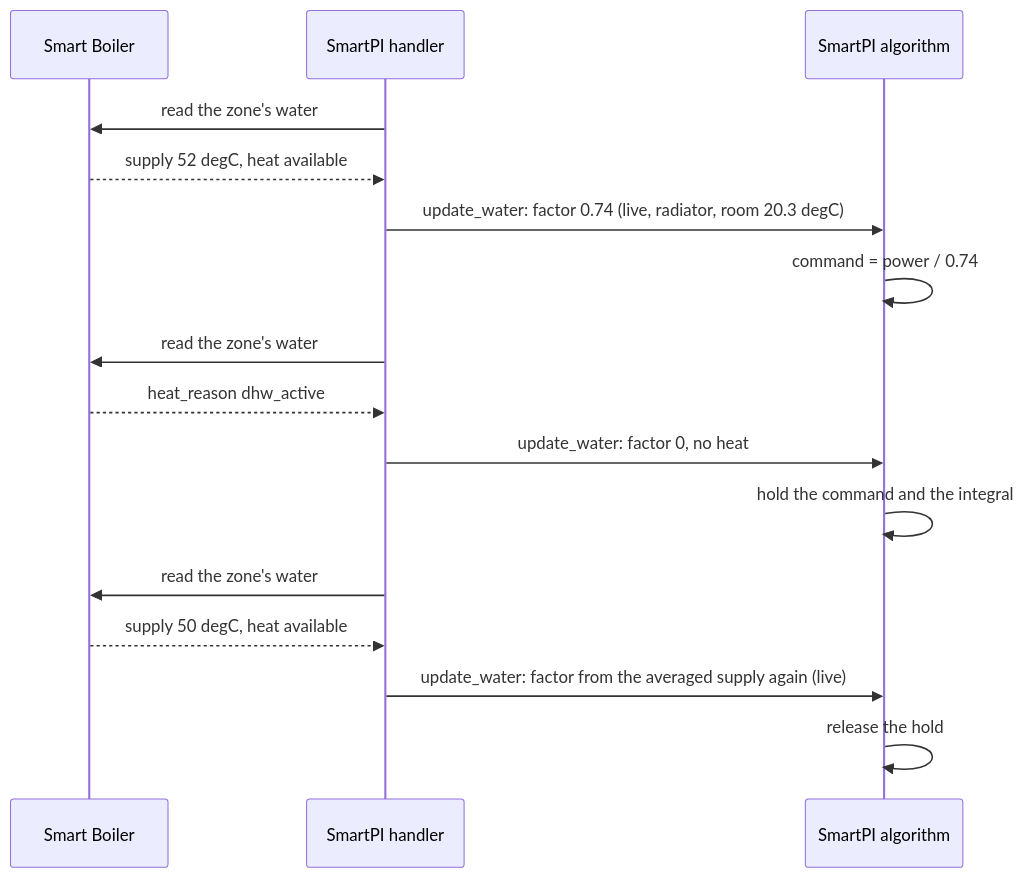
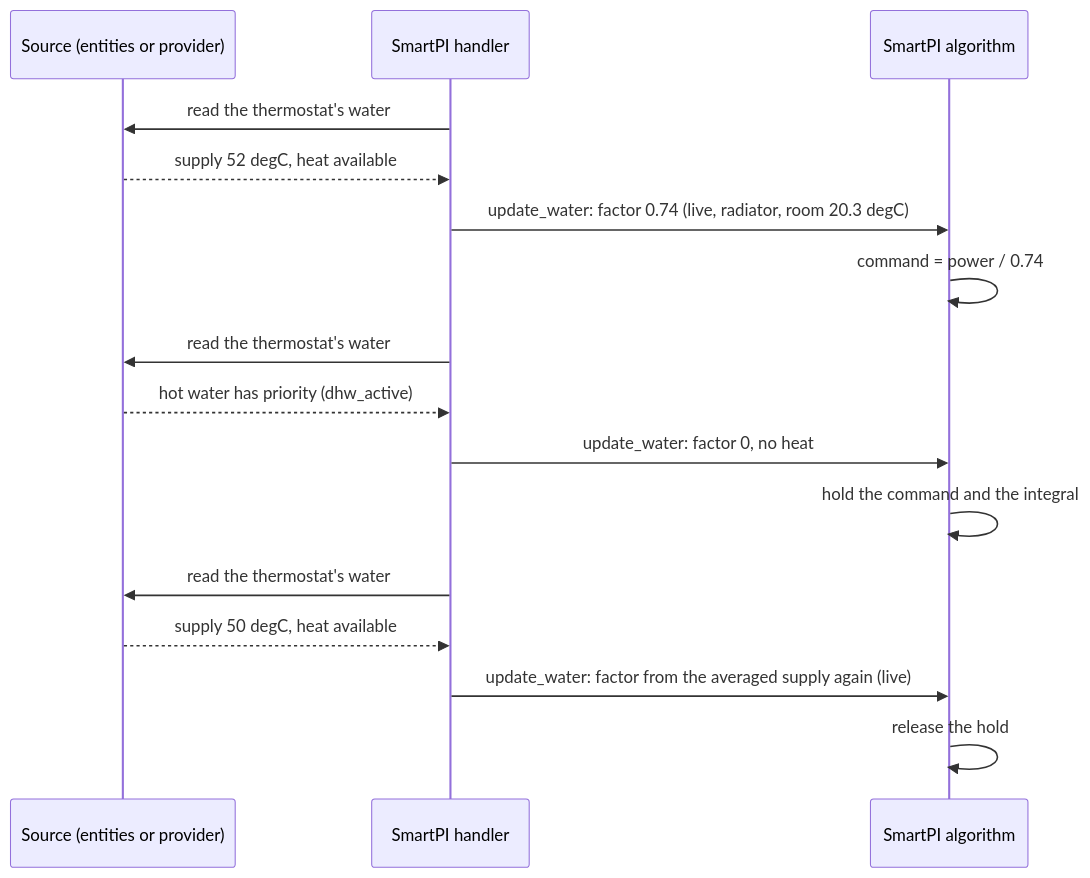
One commit to Shadow-230/vtherm_smartpi changed the third of 6 diagrams in documentation/en/water_input.md. Above: the diagram before and after it, drawn with Mermaid. The commit also changed other lines of this file and 85 other files, not shown here.

````diff
--- a/documentation/en/water_input.md
+++ b/documentation/en/water_input.md
@@ -242,18 +335,18 @@
 ```mermaid
 sequenceDiagram
-    participant SB as Smart Boiler
+    participant S as Source (entities or provider)
     participant H as SmartPI handler
     participant A as SmartPI algorithm
-    H->>SB: read the zone's water
-    SB-->>H: supply 52 degC, heat available
+    H->>S: read the thermostat's water
+    S-->>H: supply 52 degC, heat available
     H->>A: update_water: factor 0.74 (live, radiator, room 20.3 degC)
     A->>A: command = power / 0.74
-    H->>SB: read the zone's water
-    SB-->>H: heat_reason dhw_active
+    H->>S: read the thermostat's water
+    S-->>H: hot water has priority (dhw_active)
     H->>A: update_water: factor 0, no heat
     A->>A: hold the command and the integral
-    H->>SB: read the zone's water
-    SB-->>H: supply 50 degC, heat available
+    H->>S: read the thermostat's water
+    S-->>H: supply 50 degC, heat available
     H->>A: update_water: factor from the averaged supply again (live)
     A->>A: release the hold
 ```
````
